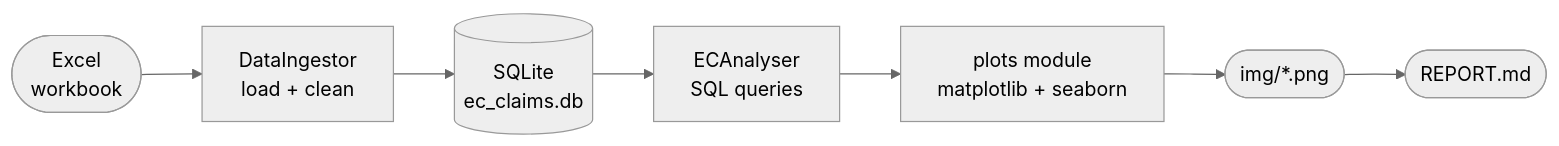
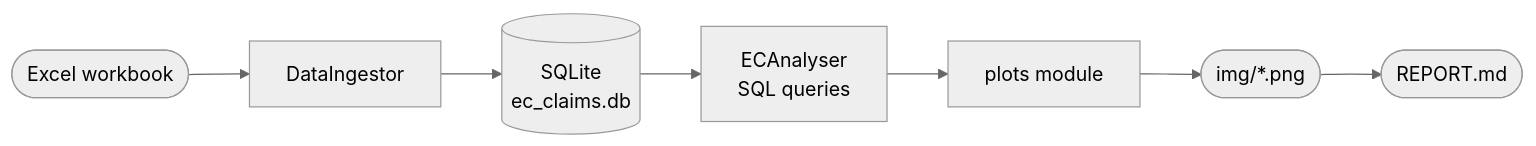
Before and after one commit to islammarjan2005-star/nottingham: the second of 2 diagrams in doc/software_design.md, drawn with Mermaid (neutral theme). The commit also changed other lines of this file and 10 other files, not shown here.

````diff
--- a/doc/software_design.md
+++ b/doc/software_design.md
@@ -72,9 +75,9 @@
 ```mermaid
 flowchart LR
-    A([Excel<br/>workbook]) --> B[DataIngestor<br/>load + clean]
+    A([Excel workbook]) --> B[DataIngestor]
     B --> C[(SQLite<br/>ec_claims.db)]
     C --> D[ECAnalyser<br/>SQL queries]
-    D --> E[plots module<br/>matplotlib + seaborn]
+    D --> E[plots module]
     E --> F([img/*.png])
     F --> G([REPORT.md])
 ```
````
